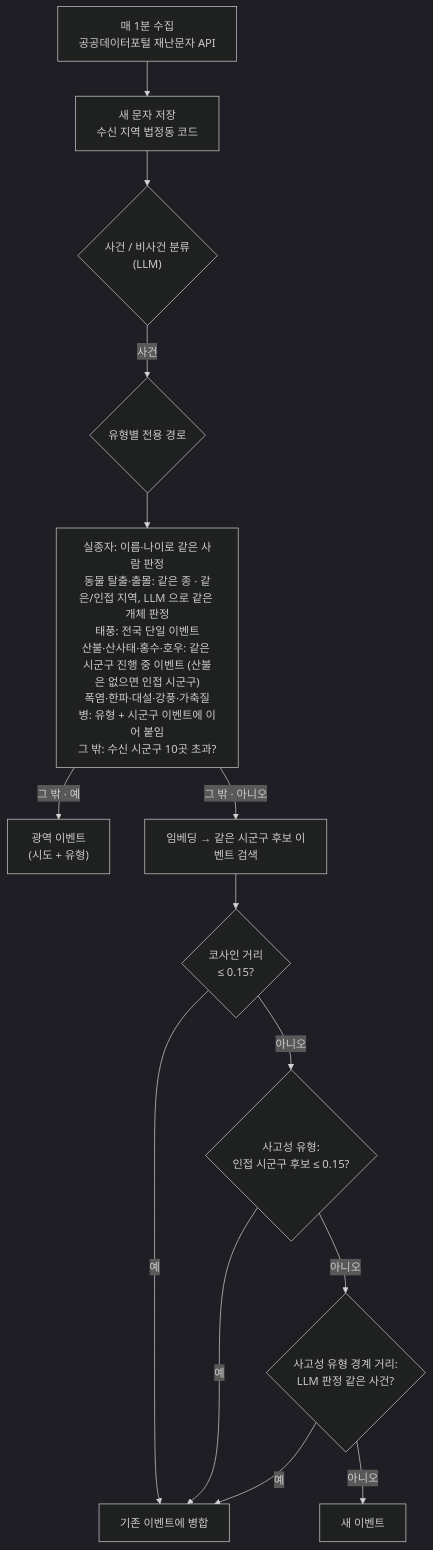
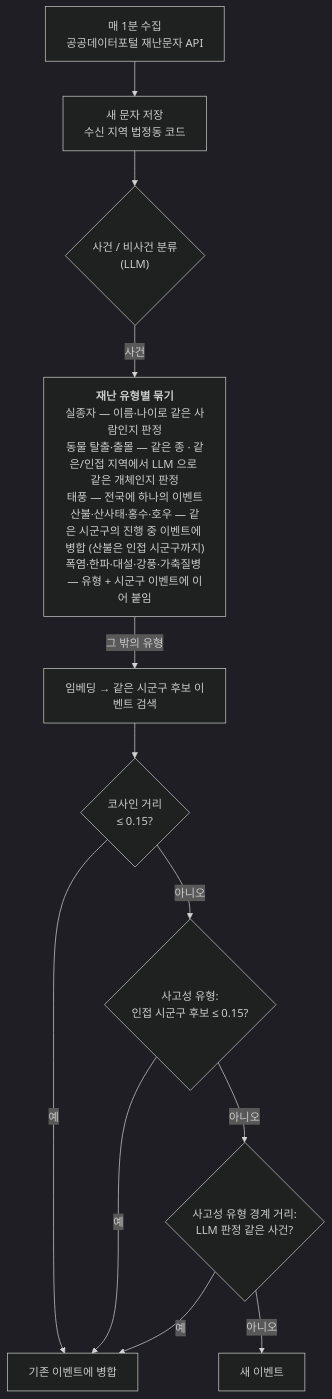
Before and after one commit to lshlsh3690/disaster-alert-archive: the first of 2 diagrams in README.md, drawn with Mermaid (dark theme).

Commit message:
docs: README 수집·클러스터링 그림의 유형별 칸을 "재난 유형별 묶기"로 다듬는다
유형별 칸에 "재난 유형별 묶기" 제목을 달고 유형마다 묶는 방식을 한 줄씩 정리했다.
광역 이벤트 갈래와, 같은 뜻으로 겹치던 "유형별 전용 경로" 마름모를 지워 사건 → 재난 유형별
묶기 → (그 밖의 유형) 임베딩 후보 검색으로 이어지게 했다.

````diff
--- a/README.md
+++ b/README.md
@@ -47,18 +47,15 @@
 ```mermaid
 flowchart TD
     A["매 1분 수집<br/>공공데이터포털 재난문자 API"] --> B["새 문자 저장<br/>수신 지역 법정동 코드"]
     B --> K{"사건 / 비사건 분류<br/>(LLM)"}
-    K -- "사건" --> P{"유형별 전용 경로"}
+    K -- "사건" --> S["<b>재난 유형별 묶기</b><br/>실종자 — 이름·나이로 같은 사람인지 판정<br/>동물 탈출·출몰 — 같은 종 · 같은/인접 지역에서 LLM 으로 같은 개체인지 판정<br/>태풍 — 전국에 하나의 이벤트<br/>산불·산사태·홍수·호우 — 같은 시군구의 진행 중 이벤트에 병합 (산불은 인접 시군구까지)<br/>폭염·한파·대설·강풍·가축질병 — 유형 + 시군구 이벤트에 이어 붙임"]
 
-    P --> S["실종자: 이름·나이로 같은 사람 판정<br/>동물 탈출·출몰: 같은 종 · 같은/인접 지역, LLM 으로 같은 개체 판정<br/>태풍: 전국 단일 이벤트<br/>산불·산사태·홍수·호우: 같은 시군구 진행 중 이벤트 (산불은 없으면 인접 시군구)<br/>폭염·한파·대설·강풍·가축질병: 유형 + 시군구 이벤트에 이어 붙임<br/>그 밖: 수신 시군구 10곳 초과?"]
-
-    S -- "그 밖 · 예" --> BR["광역 이벤트<br/>(시도 + 유형)"]
-    S -- "그 밖 · 아니오" --> E["임베딩 → 같은 시군구 후보 이벤트 검색"]
+    S -- "그 밖의 유형" --> E["임베딩 → 같은 시군구 후보 이벤트 검색"]
     E --> E1{"코사인 거리<br/>≤ 0.15?"}
     E1 -- "예" --> M["기존 이벤트에 병합"]
     E1 -- "아니오" --> E2{"사고성 유형:<br/>인접 시군구 후보 ≤ 0.15?"}
     E2 -- "예" --> M
     E2 -- "아니오" --> E3{"사고성 유형 경계 거리:<br/>LLM 판정 같은 사건?"}
     E3 -- "예" --> M
     E3 -- "아니오" --> N["새 이벤트"]
 ```
````
